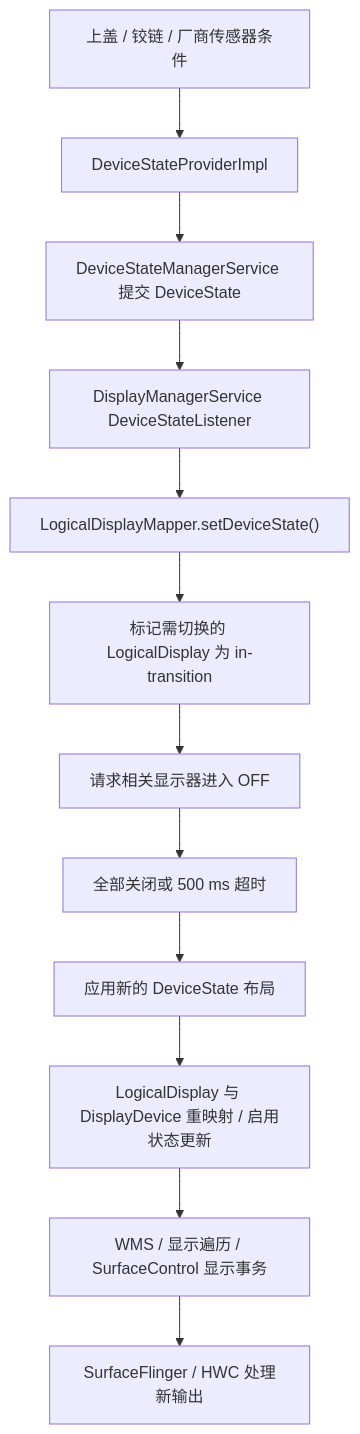
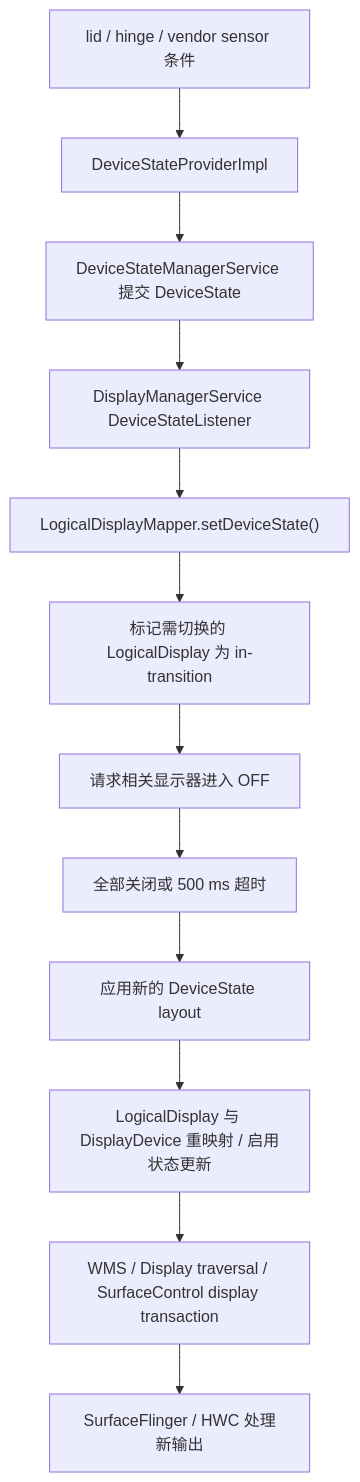
One commit to Gracker/android-internals-wiki changed the diagram in src/part1-fundamentals/ch02-rendering/28-foldable-display-pipeline-performance.md. Above: the diagram before and after it, drawn with Mermaid. The commit also changed other lines of this file and 4 other files, not shown here.

````diff
--- a/src/part1-fundamentals/ch02-rendering/28-foldable-display-pipeline-performance.md
+++ b/src/part1-fundamentals/ch02-rendering/28-foldable-display-pipeline-performance.md
@@ -115,14 +115,14 @@
 ```mermaid
 flowchart TD
-    A["上盖 / 铰链 / 厂商传感器条件"] --> B["DeviceStateProviderImpl"]
+    A["lid / hinge / vendor sensor 条件"] --> B["DeviceStateProviderImpl"]
     B --> C["DeviceStateManagerService 提交 DeviceState"]
     C --> D["DisplayManagerService DeviceStateListener"]
     D --> E["LogicalDisplayMapper.setDeviceState()"]
     E --> F["标记需切换的 LogicalDisplay 为 in-transition"]
     F --> G["请求相关显示器进入 OFF"]
     G --> H["全部关闭或 500 ms 超时"]
-    H --> I["应用新的 DeviceState 布局"]
+    H --> I["应用新的 DeviceState layout"]
     I --> J["LogicalDisplay 与 DisplayDevice 重映射 / 启用状态更新"]
-    J --> K["WMS / 显示遍历 / SurfaceControl 显示事务"]
+    J --> K["WMS / Display traversal / SurfaceControl display transaction"]
     K --> L["SurfaceFlinger / HWC 处理新输出"]
 ```
````
